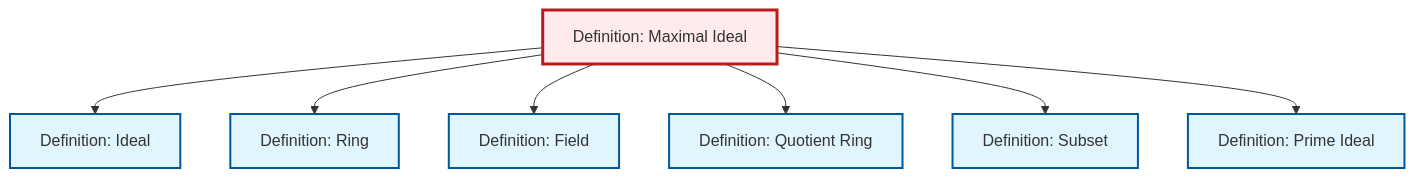
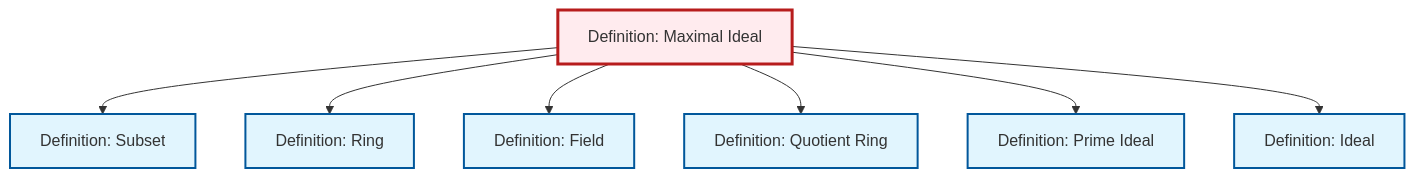
Before and after one commit to RK0429/ModernMath: the diagram in content/en/algebra/def-maximal-ideal.qmd, drawn with Mermaid. The commit also changed other lines of this file and 654 other files, not shown here.

First line of the commit message:
fix: Update cross-references to equivalence relation in quotient ring definitions

````diff
--- a/content/en/algebra/def-maximal-ideal.qmd
+++ b/content/en/algebra/def-maximal-ideal.qmd
@@ -94,29 +94,29 @@
 ```{mermaid}
 %%| fig-cap: "Local dependency graph"
 graph TD
     classDef definition fill:#e1f5fe,stroke:#01579b,stroke-width:2px
     classDef theorem fill:#f3e5f5,stroke:#4a148c,stroke-width:2px
     classDef axiom fill:#fff3e0,stroke:#e65100,stroke-width:2px
     classDef example fill:#e8f5e9,stroke:#1b5e20,stroke-width:2px
     classDef current fill:#ffebee,stroke:#b71c1c,stroke-width:3px
+    def-quotient-ring["Definition: Quotient Ring"]:::definition
     def-maximal-ideal["Definition: Maximal Ideal"]:::definition
+    def-field["Definition: Field"]:::definition
+    def-prime-ideal["Definition: Prime Ideal"]:::definition
+    def-ring["Definition: Ring"]:::definition
+    def-subset["Definition: Subset"]:::definition
     def-ideal["Definition: Ideal"]:::definition
-    def-ring["Definition: Ring"]:::definition
-    def-field["Definition: Field"]:::definition
-    def-quotient-ring["Definition: Quotient Ring"]:::definition
-    def-subset["Definition: Subset"]:::definition
-    def-prime-ideal["Definition: Prime Ideal"]:::definition
-    def-maximal-ideal --> def-ideal
+    def-maximal-ideal --> def-subset
     def-maximal-ideal --> def-ring
     def-maximal-ideal --> def-field
     def-maximal-ideal --> def-quotient-ring
-    def-maximal-ideal --> def-subset
     def-maximal-ideal --> def-prime-ideal
+    def-maximal-ideal --> def-ideal
     class def-maximal-ideal current
+    click def-quotient-ring "def-quotient-ring.html" "Go to Quotient Ring definition"
+    click def-field "def-field.html" "Go to Field definition"
+    click def-prime-ideal "def-prime-ideal.html" "Go to Prime Ideal definition"
+    click def-ring "def-ring.html" "Go to Ring definition"
+    click def-subset "def-subset.html" "Go to Subset definition"
     click def-ideal "def-ideal.html" "Go to Ideal definition"
-    click def-ring "def-ring.html" "Go to Ring definition"
-    click def-field "def-field.html" "Go to Field definition"
-    click def-quotient-ring "def-quotient-ring.html" "Go to Quotient Ring definition"
-    click def-subset "def-subset.html" "Go to Subset definition"
-    click def-prime-ideal "def-prime-ideal.html" "Go to Prime Ideal definition"
 ```
````
